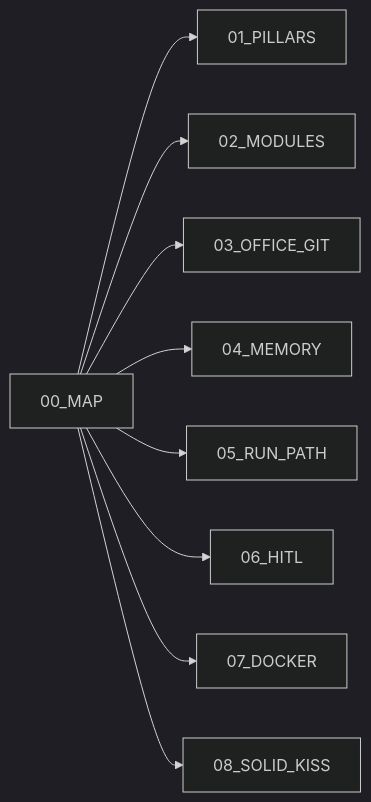
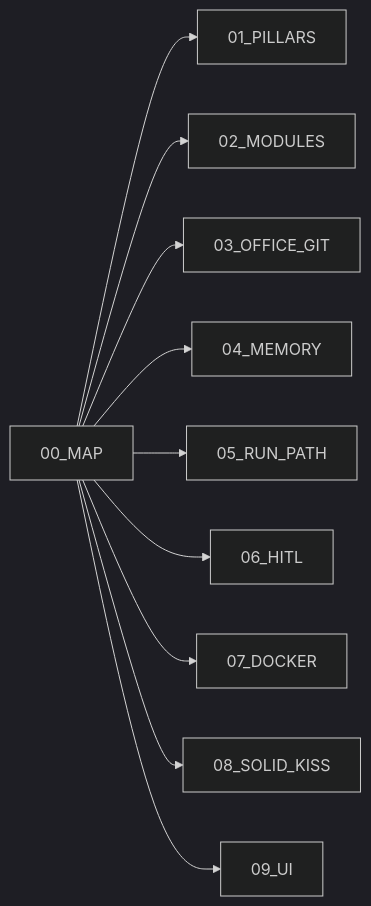
One commit to abhishekjasani/AgentAnyStack changed the diagram in docs/architecture/00_MAP.md. Above: the diagram before and after it, drawn with Mermaid (dark theme). The commit also changed other lines of this file and 12 other files, not shown here.

Commit message:
Implement Phase 6: Add office UI shell, agent management features, and update architecture documentation

````diff
--- a/docs/architecture/00_MAP.md
+++ b/docs/architecture/00_MAP.md
@@ -5,11 +5,12 @@
 ```mermaid
 flowchart LR
     MAP[00_MAP] --> P[01_PILLARS]
     MAP --> M[02_MODULES]
     MAP --> O[03_OFFICE_GIT]
     MAP --> MEM[04_MEMORY]
     MAP --> R[05_RUN_PATH]
     MAP --> H[06_HITL]
     MAP --> D[07_DOCKER]
     MAP --> S[08_SOLID_KISS]
+    MAP --> U[09_UI]
 ```
````
